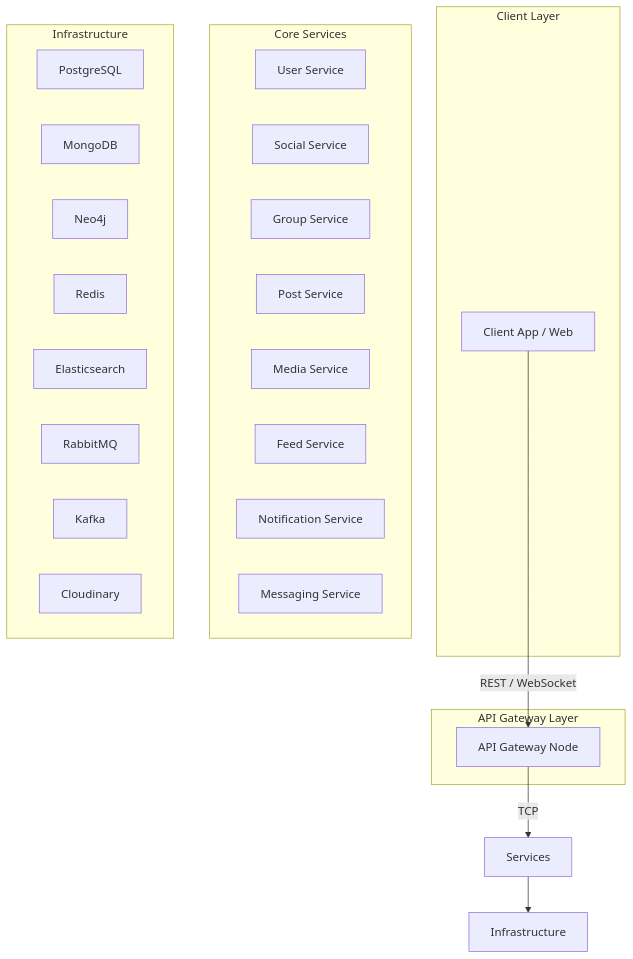
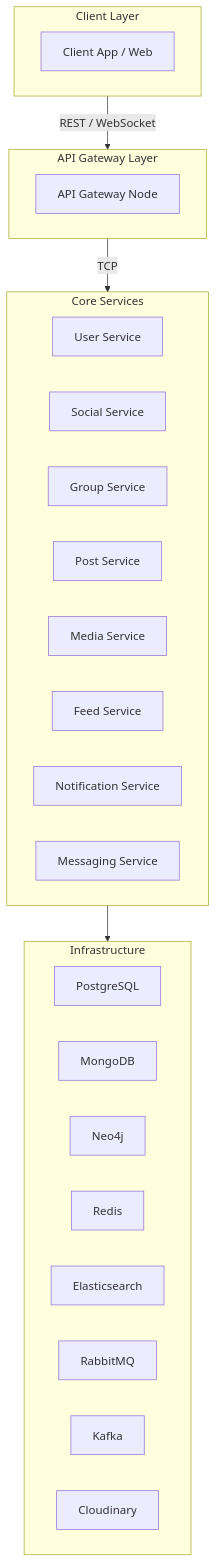
One commit to LeVanHuy84/microservice-server changed the diagram in doan.md. Above: the diagram before and after it, drawn with Mermaid.

````diff
--- a/doan.md
+++ b/doan.md
@@ -2,60 +2,60 @@
 ``` mermaid
 flowchart TB
 
 %% =====================
 %% CLIENT
 %% =====================
 subgraph CLIENT["Client Layer"]
   Client["Client App / Web"]
 end
 
 %% =====================
 %% GATEWAY
 %% =====================
 subgraph GATEWAY["API Gateway Layer"]
   APIGW["API Gateway Node"]
 end
 
 %% =====================
 %% CORE SERVICES
 %% =====================
 subgraph SERVICES["Core Services"]
   direction LR
 
   User["User Service"]
   Social["Social Service"]
   Group["Group Service"]
   Post["Post Service"]
 
   Media["Media Service"]
   Feed["Feed Service"]
   Notify["Notification Service"]
   Message["Messaging Service"]
 end
 
 %% =====================
 %% INFRASTRUCTURE
 %% =====================
 subgraph INFRA["Infrastructure"]
   direction LR
 
   PostgreSQL["PostgreSQL"]
   MongoDB["MongoDB"]
   Neo4j["Neo4j"]
 
   Redis["Redis"]
   Elastic["Elasticsearch"]
   RabbitMQ["RabbitMQ"]
 
   Kafka["Kafka"]
   Cloudinary["Cloudinary"]
 end
 
 %% =====================
 %% CONNECTIONS
 %% =====================
-Client -->|REST / WebSocket| APIGW
-APIGW --> |TCP| Services
+CLIENT -->|REST / WebSocket| GATEWAY
+GATEWAY --> |TCP| SERVICES
 
-Services --> Infrastructure
+SERVICES --> INFRA
 ```
````
